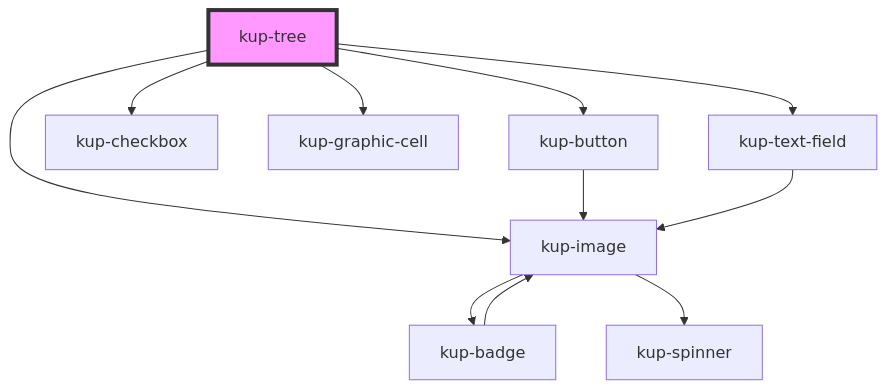
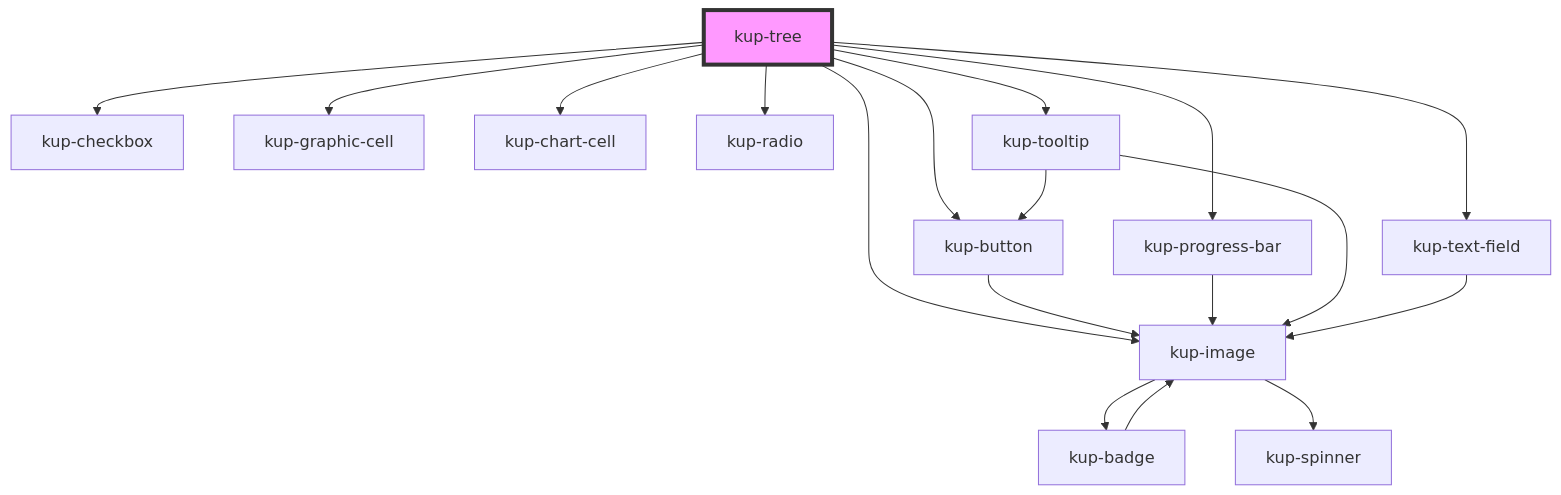
One commit to smeup/ketchup changed the diagram in packages/ketchup/src/components/kup-tree/readme.md. Above: the diagram before and after it, drawn with Mermaid. The commit also changed other lines of this file and 8 other files, not shown here.

Commit message:
managed filter on kup-tree and special tree nodes (image, button, checkbox, ecc.)

````diff
--- a/packages/ketchup/src/components/kup-tree/readme.md
+++ b/packages/ketchup/src/components/kup-tree/readme.md
@@ -105,14 +112,21 @@
 ```mermaid
 graph TD;
   kup-tree --> kup-button
+  kup-tree --> kup-image
   kup-tree --> kup-checkbox
   kup-tree --> kup-graphic-cell
-  kup-tree --> kup-image
+  kup-tree --> kup-chart-cell
+  kup-tree --> kup-progress-bar
+  kup-tree --> kup-radio
+  kup-tree --> kup-tooltip
   kup-tree --> kup-text-field
   kup-button --> kup-image
   kup-image --> kup-badge
   kup-image --> kup-spinner
   kup-badge --> kup-image
+  kup-progress-bar --> kup-image
+  kup-tooltip --> kup-button
+  kup-tooltip --> kup-image
   kup-text-field --> kup-image
   style kup-tree fill:#f9f,stroke:#333,stroke-width:4px
 ```
````
